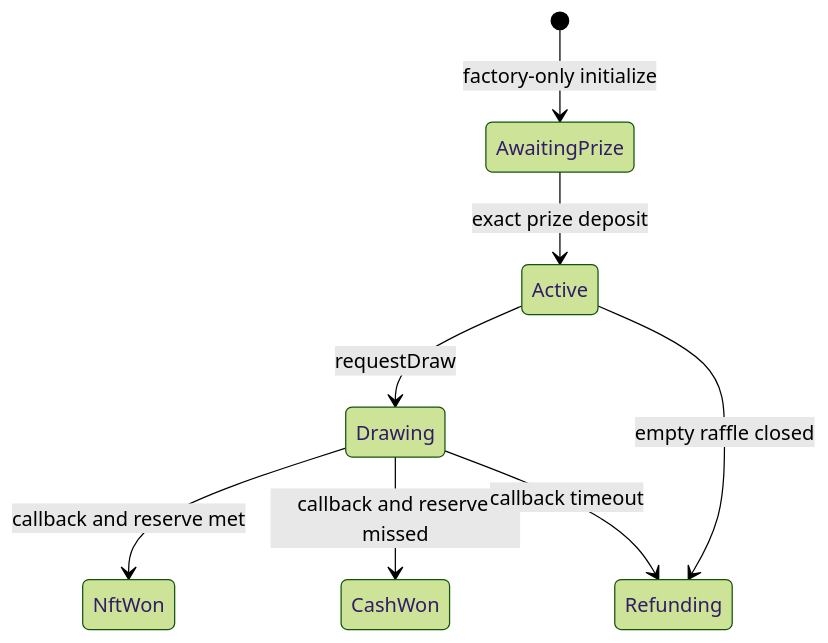
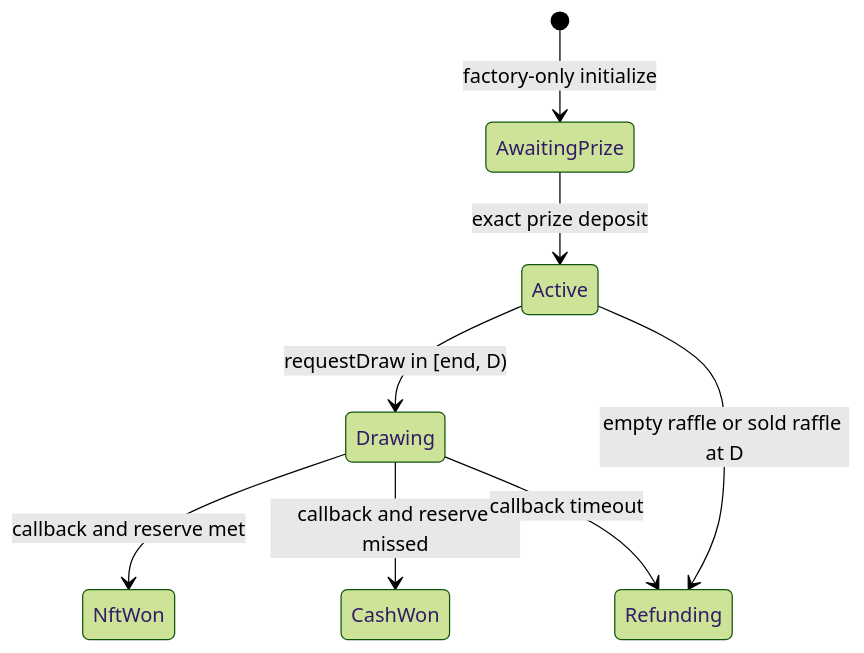
One commit to Heesho/raffle-fun changed the diagram in docs/STATE-MACHINE.md. Above: the diagram before and after it, drawn with Mermaid (forest theme). The commit also changed other lines of this file and 64 other files, not shown here.

Commit message:
fix: isolate raffle claims and bound draw recovery

````diff
--- a/docs/STATE-MACHINE.md
+++ b/docs/STATE-MACHINE.md
@@ -5,10 +5,10 @@
 ```mermaid
 stateDiagram-v2
   [*] --> AwaitingPrize: factory-only initialize
   AwaitingPrize --> Active: exact prize deposit
-  Active --> Drawing: requestDraw
-  Active --> Refunding: empty raffle closed
+  Active --> Drawing: requestDraw in [end, D)
+  Active --> Refunding: empty raffle or sold raffle at D
   Drawing --> NftWon: callback and reserve met
   Drawing --> CashWon: callback and reserve missed
   Drawing --> Refunding: callback timeout
 ```
````
